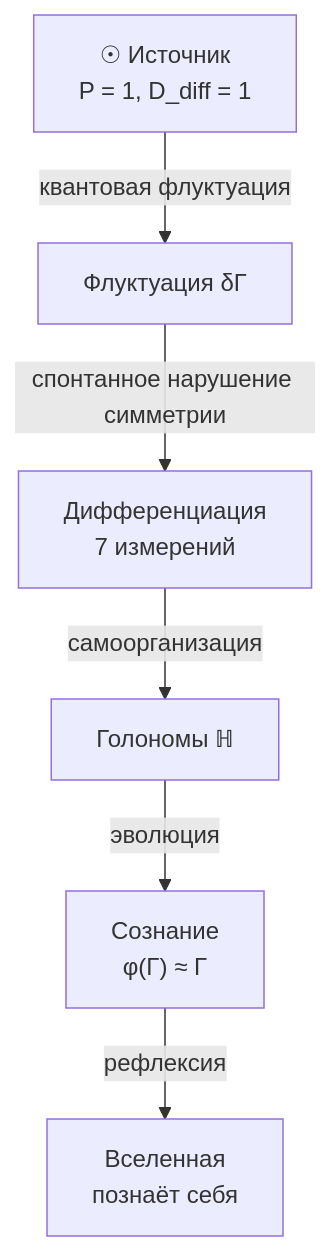
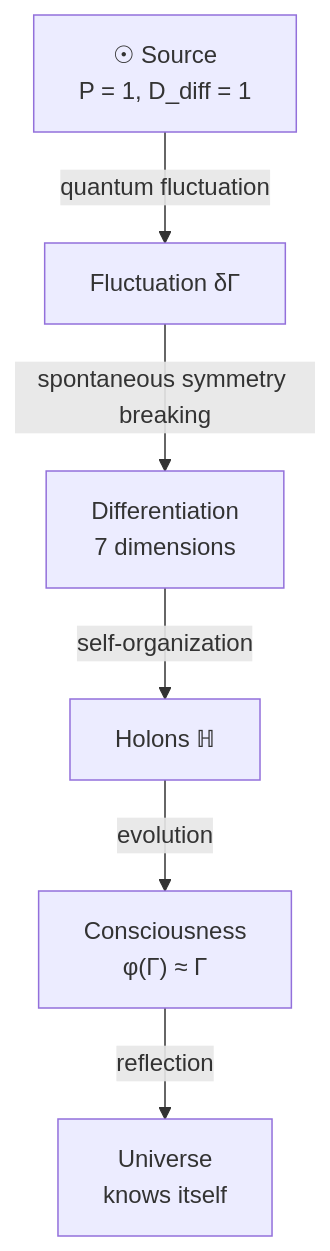
One commit to gst-st/uhm changed the second of 2 diagrams in website/docs/physics/cosmology-phys/origin.md. Above: the diagram before and after it, drawn with Mermaid. The commit also changed other lines of this file and 39 other files, not shown here.

````diff
--- a/website/docs/physics/cosmology-phys/origin.md
+++ b/website/docs/physics/cosmology-phys/origin.md
@@ -205,15 +205,15 @@
 ```mermaid
 graph TD
-    S["☉ Источник<br/>P = 1, D_diff = 1"]
-    F["Флуктуация δΓ"]
-    DIM["Дифференциация<br/>7 измерений"]
-    G["Голономы ℍ"]
-    C["Сознание<br/>φ#40;Γ#41; ≈ Γ"]
-    U["Вселенная<br/>познаёт себя"]
+    S["☉ Source<br/>P = 1, D_diff = 1"]
+    F["Fluctuation δΓ"]
+    DIM["Differentiation<br/>7 dimensions"]
+    G["Holons ℍ"]
+    C["Consciousness<br/>φ#40;Γ#41; ≈ Γ"]
+    U["Universe<br/>knows itself"]
 
-    S --> |"квантовая флуктуация"| F
-    F --> |"спонтанное нарушение симметрии"| DIM
-    DIM --> |"самоорганизация"| G
-    G --> |"эволюция"| C
-    C --> |"рефлексия"| U
+    S --> |"quantum fluctuation"| F
+    F --> |"spontaneous symmetry breaking"| DIM
+    DIM --> |"self-organization"| G
+    G --> |"evolution"| C
+    C --> |"reflection"| U
 ```
````
